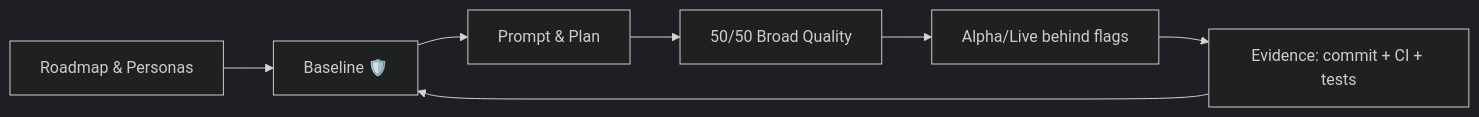
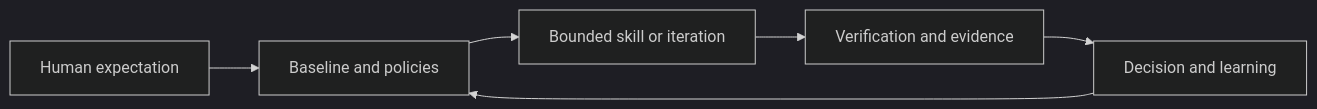
One commit to scanalesespinoza/adev changed the diagram in README.md. Above: the diagram before and after it, drawn with Mermaid (dark theme). The commit also changed other lines of this file and 19 other files, not shown here.

````diff
--- a/README.md
+++ b/README.md
@@ -46,9 +49,8 @@
 ```mermaid
 flowchart LR
-  R[Roadmap & Personas] --> B[Baseline 🛡️]
-  B --> P[Prompt & Plan]
-  P --> Q[50/50 Broad Quality]
-  Q --> A[Alpha/Live behind flags]
-  A --> E[Evidence: commit + CI + tests]
-  E --> B
+  E[Human expectation] --> B[Baseline and policies]
+  B --> S[Bounded skill or iteration]
+  S --> V[Verification and evidence]
+  V --> L[Decision and learning]
+  L --> B
 ```
````
